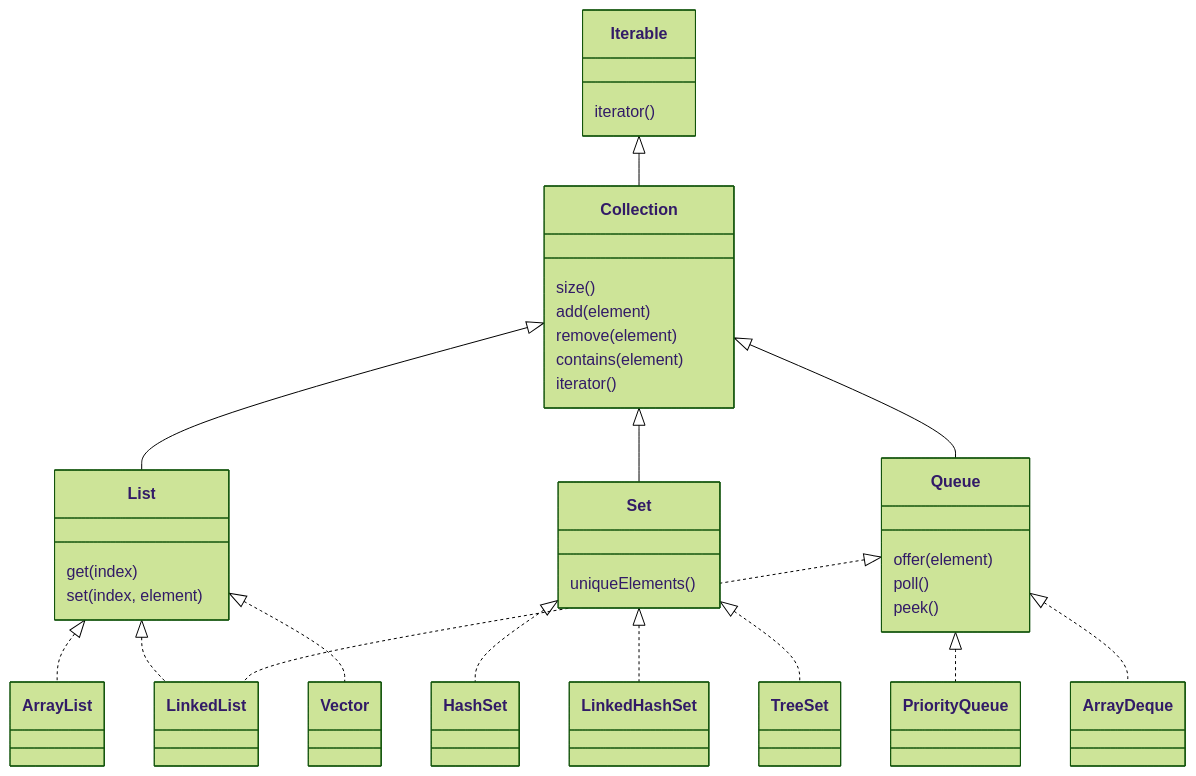
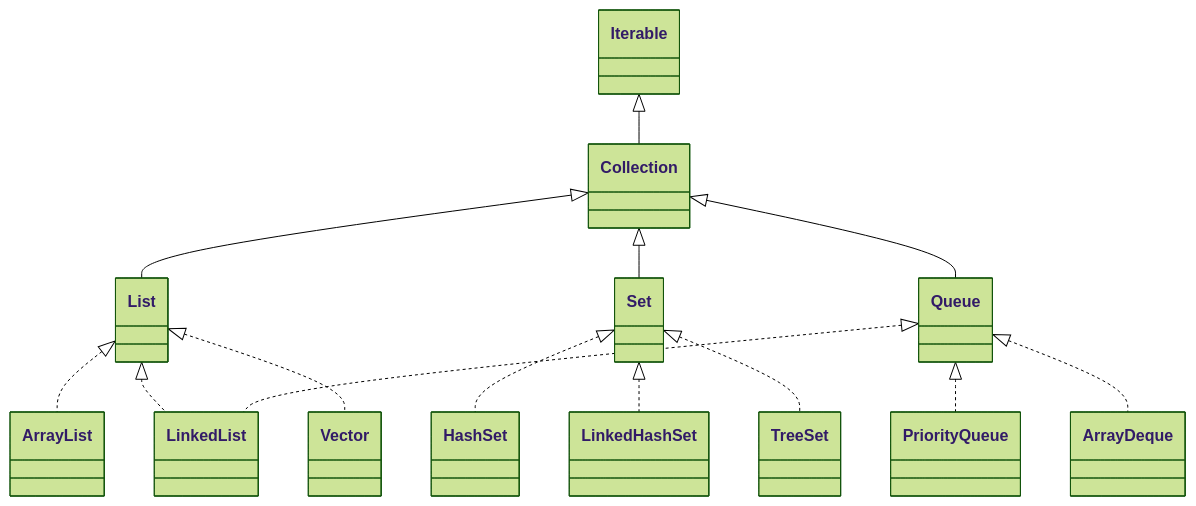
The diagram in docs/BEO/obektno-orientirano-programirane-1-chast/laboratorno-uprazhnenie-09/kolekcii-i-interfeis-collection.md (programmingfundamental/courses), drawn with Mermaid (forest theme) before and after one commit. The commit also changed other lines of this file and 4 other files, not shown here.

Commit message:
update diagrams

````diff
--- a/docs/BEO/obektno-orientirano-programirane-1-chast/laboratorno-uprazhnenie-09/kolekcii-i-interfeis-collection.md
+++ b/docs/BEO/obektno-orientirano-programirane-1-chast/laboratorno-uprazhnenie-09/kolekcii-i-interfeis-collection.md
@@ -62,43 +62,16 @@
 ```mermaid
 classDiagram
     Iterable <|-- Collection
     Collection <|-- List
     Collection <|-- Set
     Collection <|-- Queue
     List <|.. ArrayList
     List <|.. LinkedList
     List <|.. Vector
     Set <|.. HashSet
     Set <|.. LinkedHashSet
     Set <|.. TreeSet
     Queue <|.. LinkedList
     Queue <|.. PriorityQueue
     Queue <|.. ArrayDeque
-
-    class Iterable {
-        iterator()
-    }
-
-    class Collection {
-        size()
-        add(element)
-        remove(element)
-        contains(element)
-        iterator()
-    }
-
-    class List {
-        get(index)
-        set(index, element)
-    }
-
-    class Set {
-        uniqueElements()
-    }
-
-    class Queue {
-        offer(element)
-        poll()
-        peek()
-    }
 ```
````
